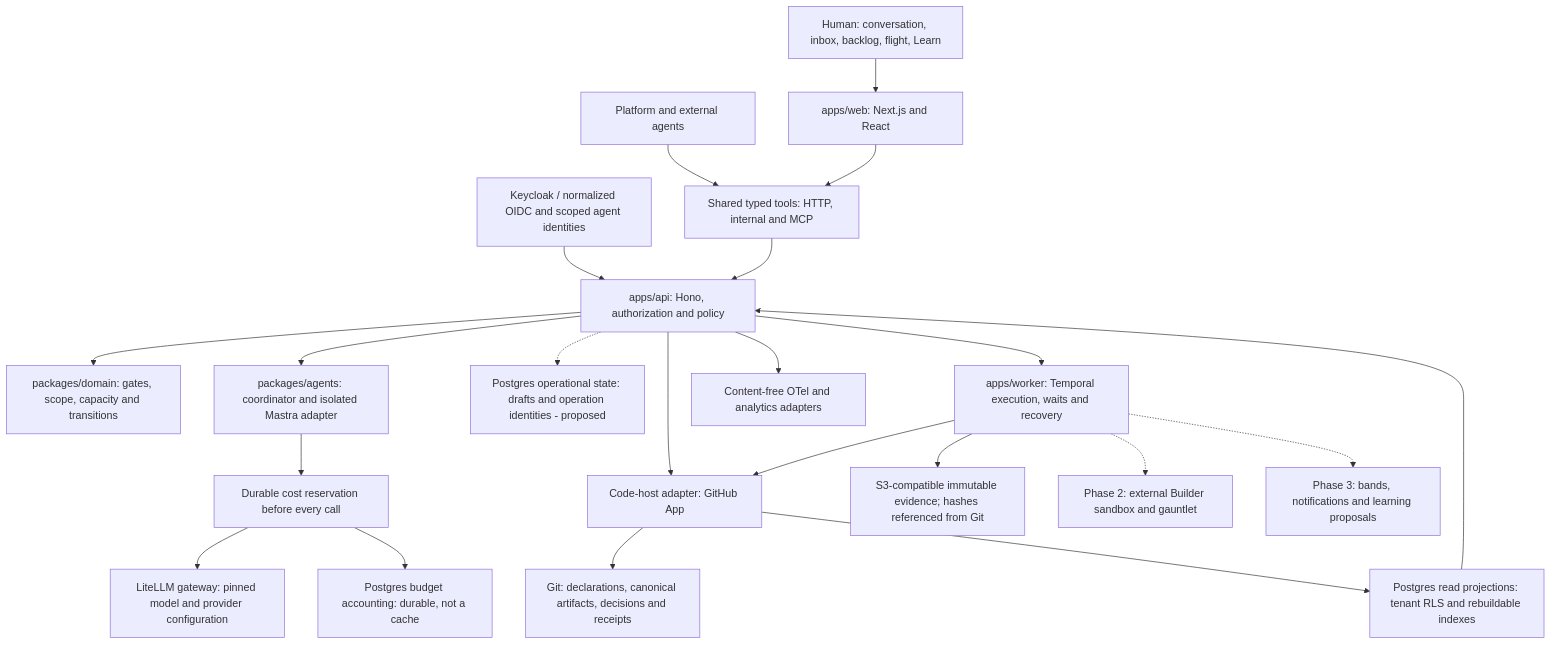
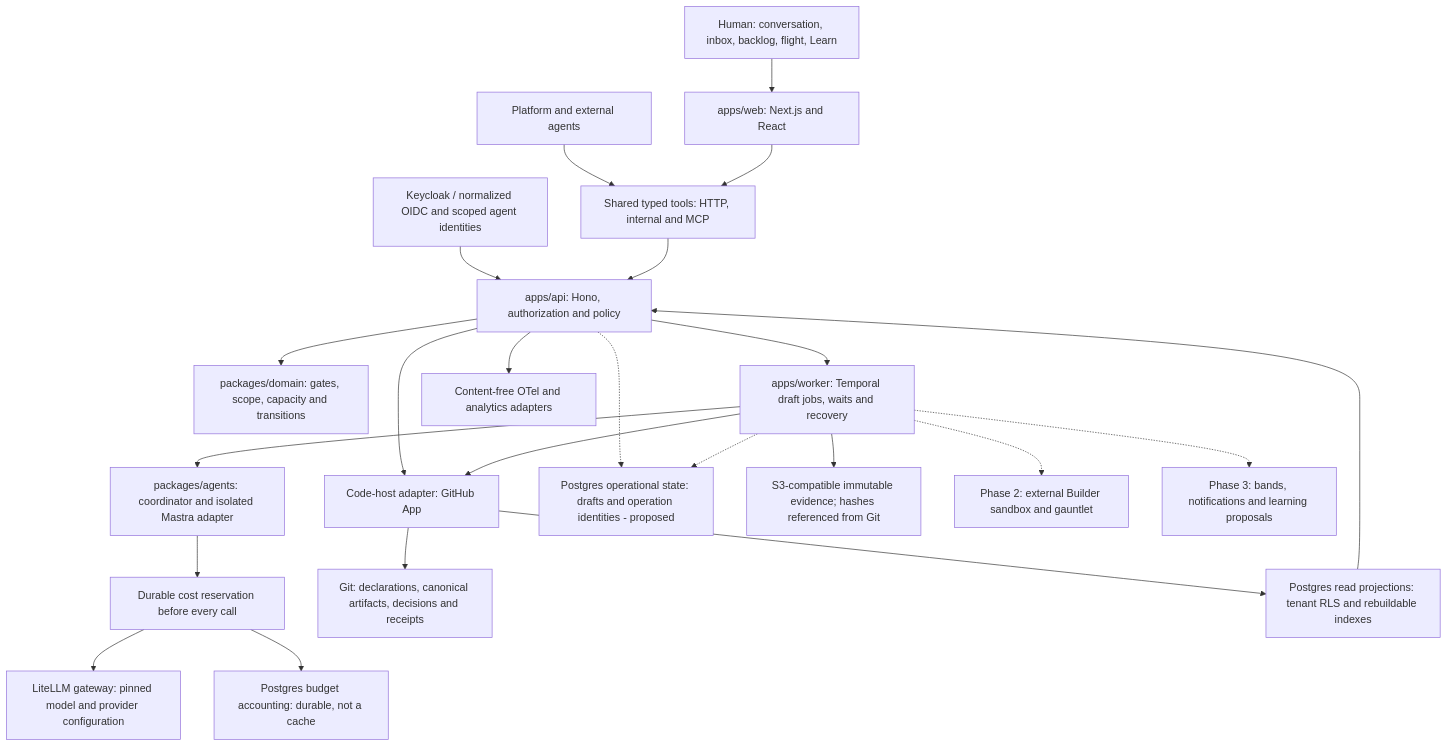
Before and after one commit to idrissenayat/steer-platform: the third of 3 diagrams in docs/architecture/END-TO-END.md, drawn with Mermaid. The commit also changed other lines of this file and 9 other files, not shown here.

````diff
--- a/docs/architecture/END-TO-END.md
+++ b/docs/architecture/END-TO-END.md
@@ -179,24 +215,25 @@
 ```mermaid
 flowchart TD
   U[Human: conversation, inbox, backlog, flight, Learn] --> W[apps/web: Next.js and React]
   X[Platform and external agents] --> T[Shared typed tools: HTTP, internal and MCP]
   W --> T
   I[Keycloak / normalized OIDC and scoped agent identities] --> A[apps/api: Hono, authorization and policy]
   T --> A
   A --> C[packages/domain: gates, scope, capacity and transitions]
-  A --> R[packages/agents: coordinator and isolated Mastra adapter]
+  A --> F[apps/worker: Temporal draft jobs, waits and recovery]
+  F --> R[packages/agents: coordinator and isolated Mastra adapter]
   R --> B[Durable cost reservation before every call]
   B --> G[LiteLLM gateway: pinned model and provider configuration]
   A --> H[Code-host adapter: GitHub App]
   H --> K[Git: declarations, canonical artifacts, decisions and receipts]
   A -.-> D[Postgres operational state: drafts and operation identities - proposed]
   B --> V[Postgres budget accounting: durable, not a cache]
-  A --> F[apps/worker: Temporal execution, waits and recovery]
+  F -.-> D
   F --> H
   H --> P[Postgres read projections: tenant RLS and rebuildable indexes]
   P --> A
   F --> E[S3-compatible immutable evidence; hashes referenced from Git]
   F -.-> Z[Phase 2: external Builder sandbox and gauntlet]
   F -.-> O[Phase 3: bands, notifications and learning proposals]
   A --> M[Content-free OTel and analytics adapters]
 ```
````
